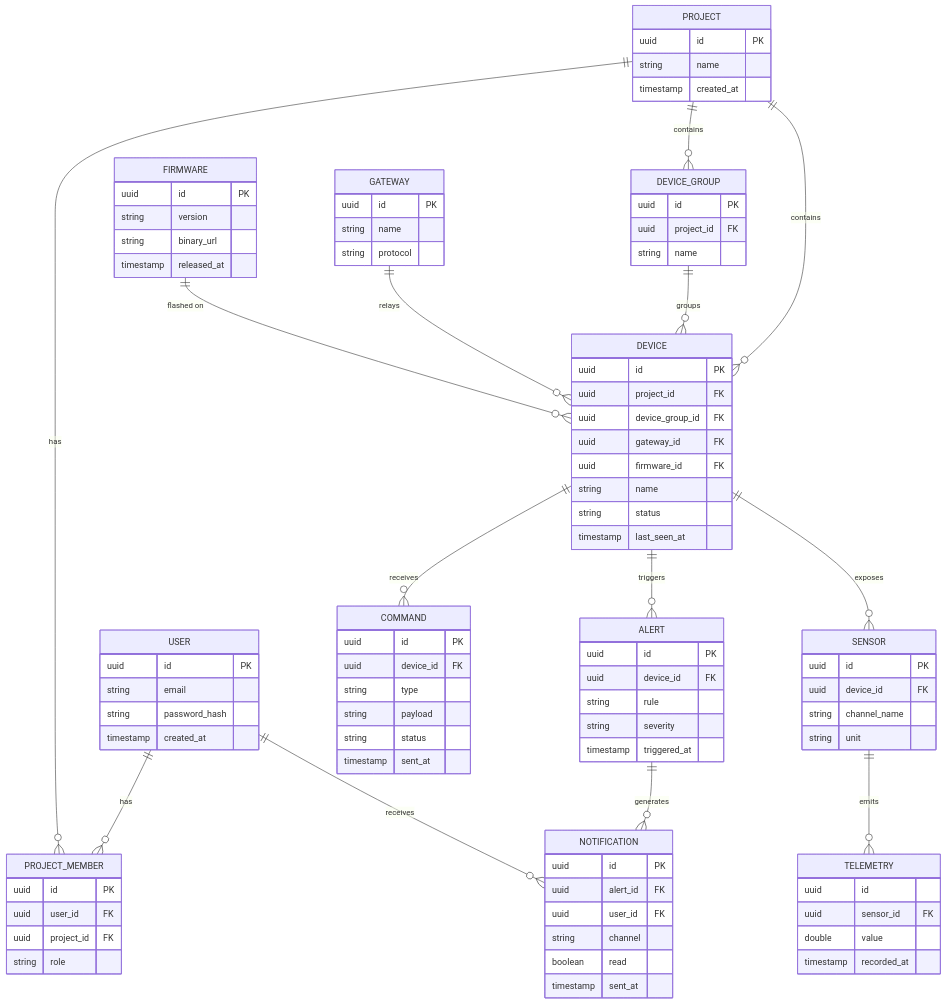
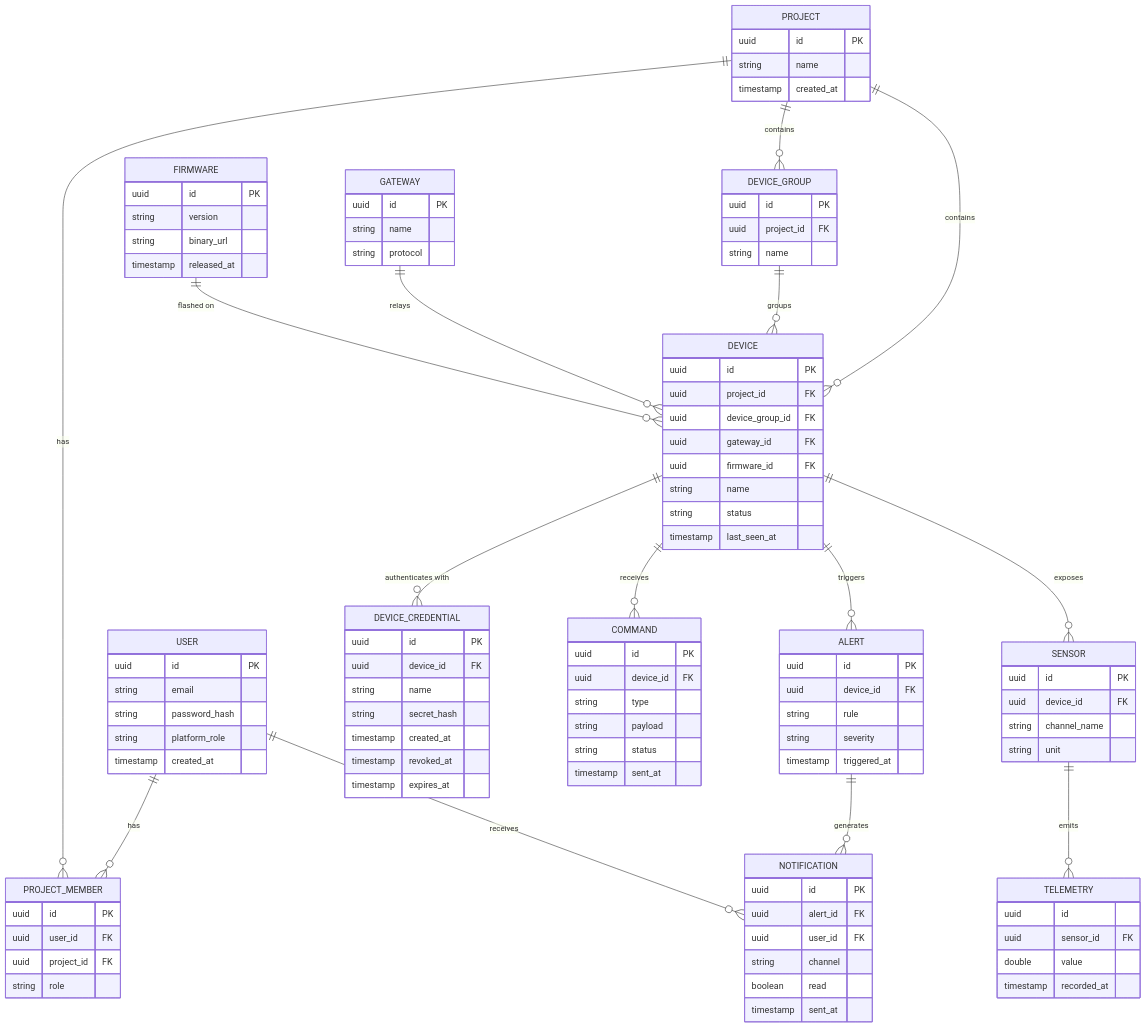
Before and after one commit to Hashu-17/openroots: the diagram in docs/architecture/data-model.md, drawn with Mermaid. The commit also changed other lines of this file and 10 other files, not shown here.

Commit message:
docs: update architecture, product and API docs for sign-in, live telemetry and broker sync

```diff
--- a/docs/architecture/data-model.md
+++ b/docs/architecture/data-model.md
@@ -29,6 +30,7 @@
     DEVICE_GROUP ||--o{ DEVICE : groups
     GATEWAY ||--o{ DEVICE : relays
     DEVICE ||--o{ SENSOR : exposes
+    DEVICE ||--o{ DEVICE_CREDENTIAL : "authenticates with"
     SENSOR ||--o{ TELEMETRY : emits
     DEVICE ||--o{ COMMAND : receives
     DEVICE ||--o{ ALERT : triggers
@@ -40,6 +42,7 @@
         uuid id PK
         string email
         string password_hash
+        string platform_role
         timestamp created_at
     }
     PROJECT {
@@ -79,6 +82,15 @@
         string status
         timestamp last_seen_at
     }
+    DEVICE_CREDENTIAL {
+        uuid id PK
+        uuid device_id FK
+        string name
+        string secret_hash
+        timestamp created_at
+        timestamp revoked_at
+        timestamp expires_at
+    }
     SENSOR {
         uuid id PK
         uuid device_id FK
```
